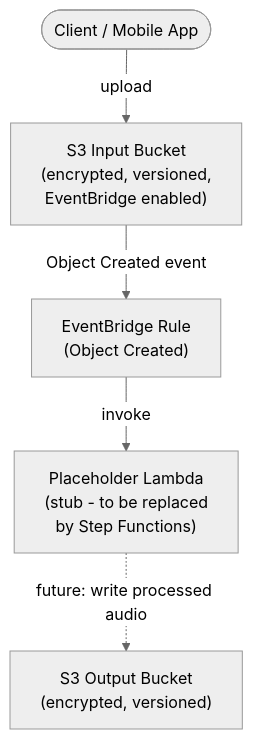
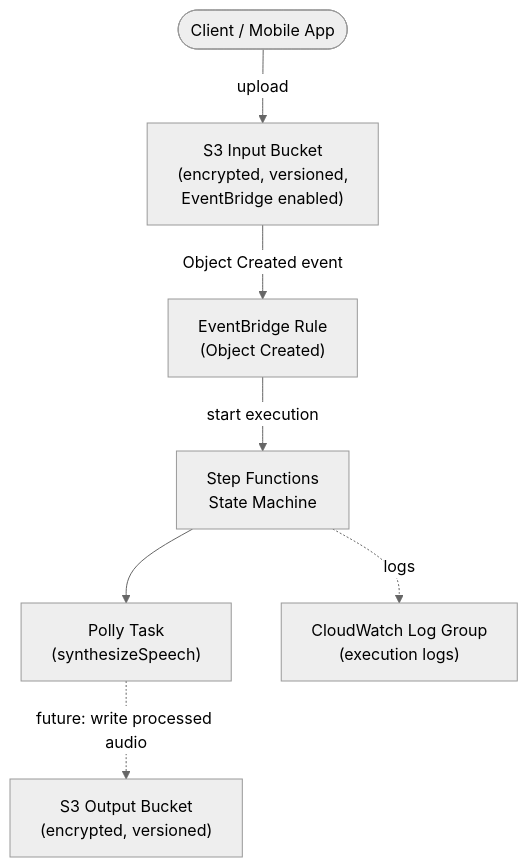
One commit to obstreperous-ai/cdk-sleep-go-kiro changed the second of 2 diagrams in ARCHITECTURE.md. Above: the diagram before and after it, drawn with Mermaid (neutral theme). The commit also changed other lines of this file and 5 other files, not shown here.

First line of the commit message:
feat: replace placeholder Lambda with Step Functions state machine and Polly task

````diff
--- a/ARCHITECTURE.md
+++ b/ARCHITECTURE.md
@@ -161,14 +172,18 @@
 ```mermaid
 flowchart TD
     Client([Client / Mobile App])
 
     S3In["S3 Input Bucket\n(encrypted, versioned,\nEventBridge enabled)"]
     EB["EventBridge Rule\n(Object Created)"]
-    Lambda["Placeholder Lambda\n(stub - to be replaced\nby Step Functions)"]
+    SFN["Step Functions\nState Machine"]
+    Polly["Polly Task\n(synthesizeSpeech)"]
+    CWLogs["CloudWatch Log Group\n(execution logs)"]
     S3Out["S3 Output Bucket\n(encrypted, versioned)"]
 
     Client -->|upload| S3In
     S3In -->|Object Created event| EB
-    EB -->|invoke| Lambda
-    Lambda -.->|future: write processed audio| S3Out
+    EB -->|start execution| SFN
+    SFN --> Polly
+    SFN -. logs .-> CWLogs
+    Polly -.->|future: write processed audio| S3Out
 ```
````
